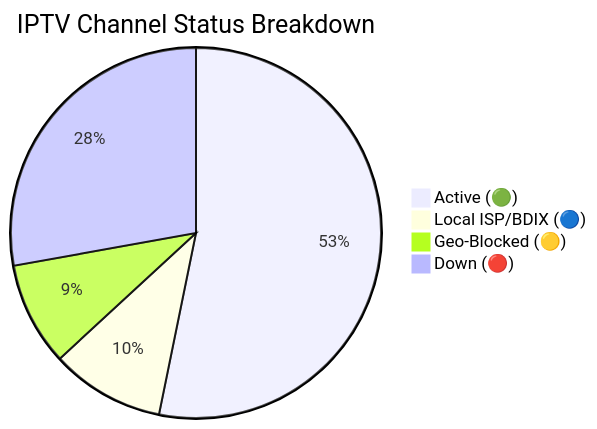
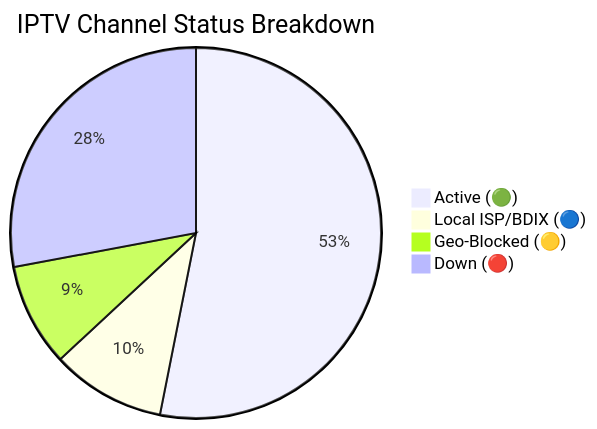
One commit to f6388600-ai/Web changed the diagram in README.md. Above: the diagram before and after it, drawn with Mermaid. The commit also changed other lines of this file and 6 other files, not shown here.

````diff
--- a/README.md
+++ b/README.md
@@ -149,7 +149,7 @@
 ```mermaid
 pie title IPTV Channel Status Breakdown
-    "Active (🟢)" : 9324
-    "Local ISP/BDIX (🔵)" : 1741
-    "Geo-Blocked (🟡)" : 1583
-    "Down (🔴)" : 4877
+    "Active (🟢)" : 9337
+    "Local ISP/BDIX (🔵)" : 1750
+    "Geo-Blocked (🟡)" : 1578
+    "Down (🔴)" : 4912
 ```
````
